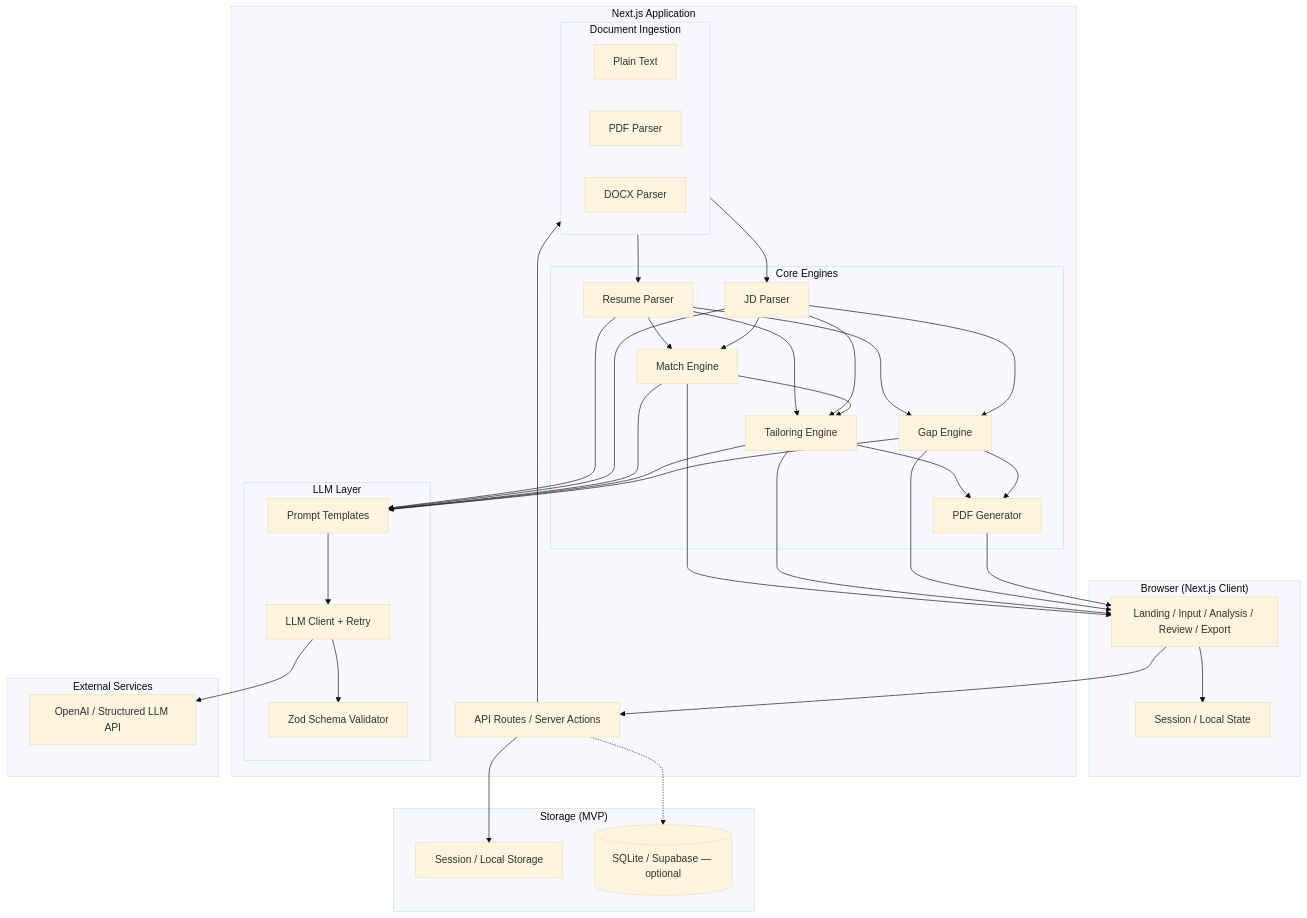
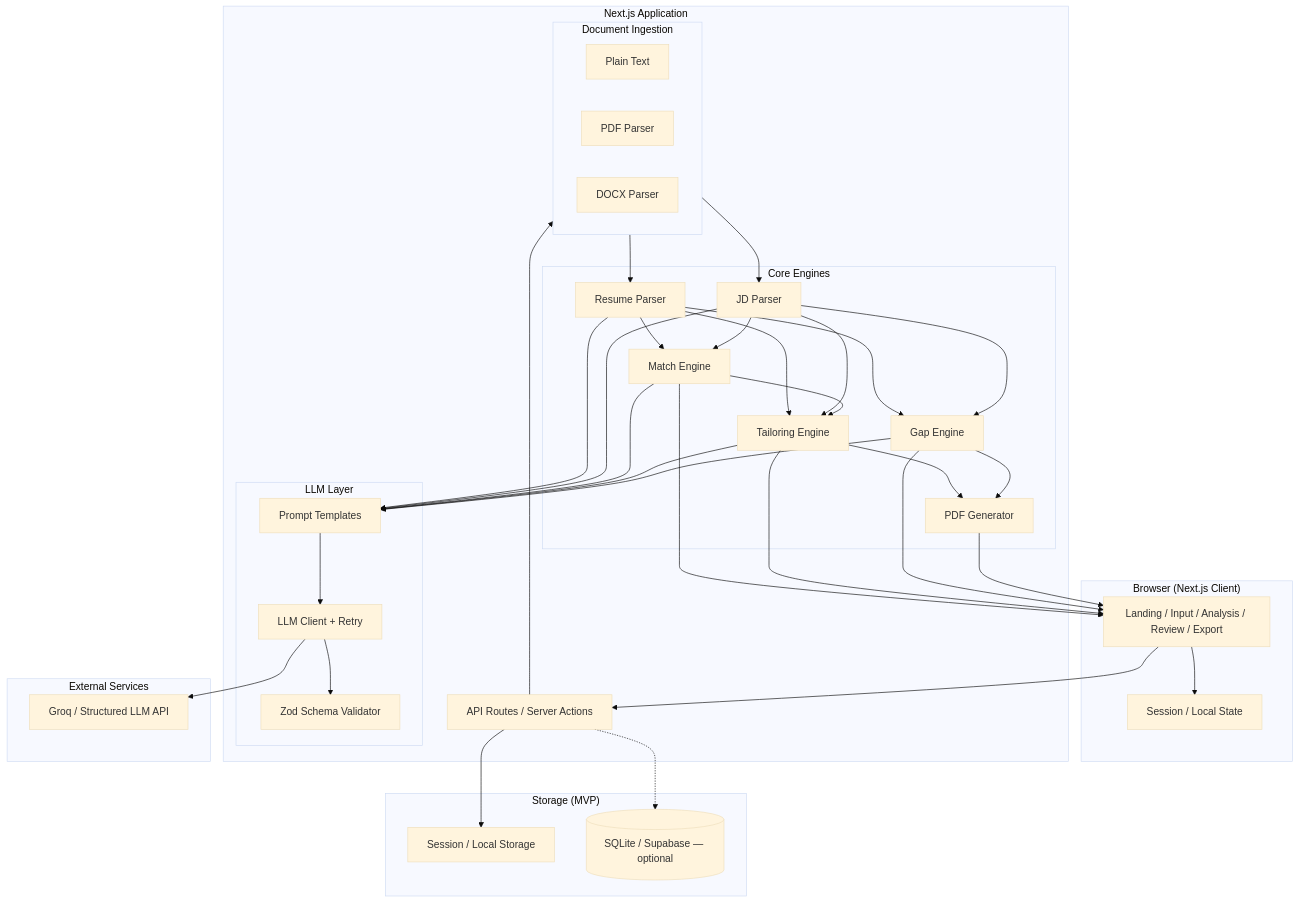
One commit to palak7931-beep/resume_builder changed the first of 6 diagrams in docs/architecture.md. Above: the diagram before and after it, drawn with Mermaid (base theme). The commit also changed other lines of this file and 90 other files, not shown here.

````diff
--- a/docs/architecture.md
+++ b/docs/architecture.md
@@ -70,71 +70,71 @@
 ```mermaid
 flowchart TB
     subgraph Client["Browser (Next.js Client)"]
         UI[Landing / Input / Analysis / Review / Export]
         State[Session / Local State]
     end
 
     subgraph App["Next.js Application"]
         API[API Routes / Server Actions]
         
         subgraph Engines["Core Engines"]
             RP[Resume Parser]
             JP[JD Parser]
             ME[Match Engine]
             TE[Tailoring Engine]
             GE[Gap Engine]
             PG[PDF Generator]
         end
         
         subgraph LLM["LLM Layer"]
             Prompts[Prompt Templates]
             Client_LLM[LLM Client + Retry]
             Validator[Zod Schema Validator]
         end
         
         subgraph Docs["Document Ingestion"]
             TextIn[Plain Text]
             PDFIn[PDF Parser]
             DOCXIn[DOCX Parser]
         end
     end
 
     subgraph External["External Services"]
-        OpenAI[OpenAI / Structured LLM API]
+        Groq[Groq / Structured LLM API]
     end
 
     subgraph Storage["Storage (MVP)"]
         Session[Session / Local Storage]
         OptionalDB[(SQLite / Supabase — optional)]
     end
 
     UI --> API
     UI --> State
     API --> Docs
     Docs --> RP
     Docs --> JP
     RP --> ME
     JP --> ME
     RP --> TE
     JP --> TE
     RP --> GE
     JP --> GE
     ME --> TE
     TE --> PG
     GE --> PG
     ME --> UI
     TE --> UI
     GE --> UI
 
     RP --> Prompts
     JP --> Prompts
     ME --> Prompts
     TE --> Prompts
     GE --> Prompts
     Prompts --> Client_LLM
-    Client_LLM --> OpenAI
+    Client_LLM --> Groq
     Client_LLM --> Validator
     API --> Session
     API -.-> OptionalDB
     PG --> UI
 ```
````
